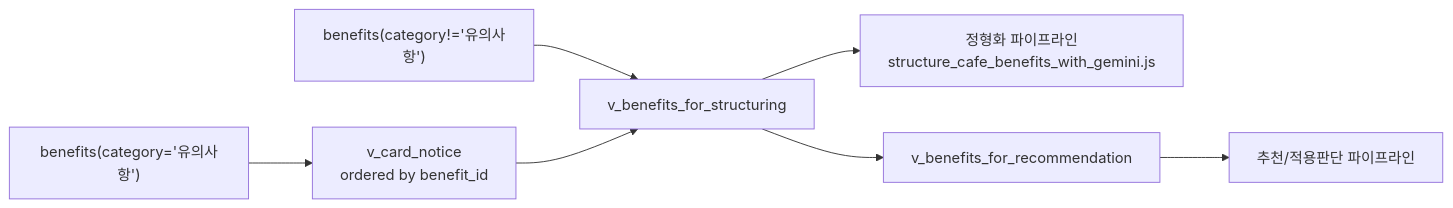
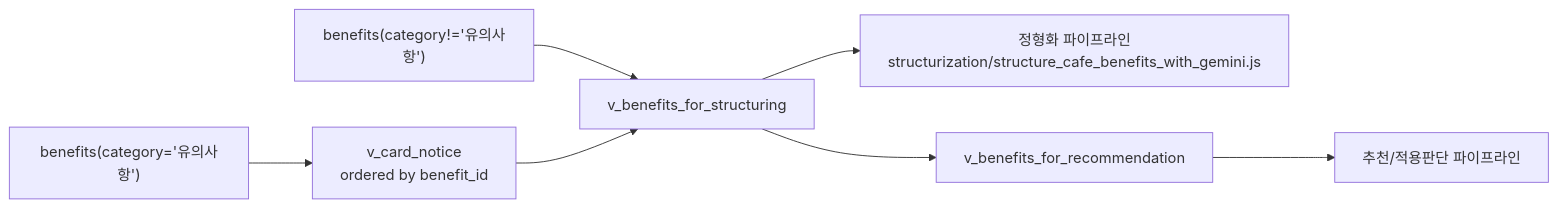
The third of 3 diagrams in ERD.md (cohi42/creditcard_recomm), drawn with Mermaid before and after one commit. The commit also changed 5 other files, not shown here.

````diff
--- a/ERD.md
+++ b/ERD.md
@@ -102,9 +102,9 @@
 ```mermaid
 flowchart LR
     A["benefits(category='유의사항')"] --> B["v_card_notice<br/>ordered by benefit_id"]
     C["benefits(category!='유의사항')"] --> D["v_benefits_for_structuring"]
     B --> D
-    D --> E["정형화 파이프라인<br/>structure_cafe_benefits_with_gemini.js"]
+    D --> E["정형화 파이프라인<br/>structurization/structure_cafe_benefits_with_gemini.js"]
     D --> F["v_benefits_for_recommendation"]
     F --> G["추천/적용판단 파이프라인"]
 ```
````
